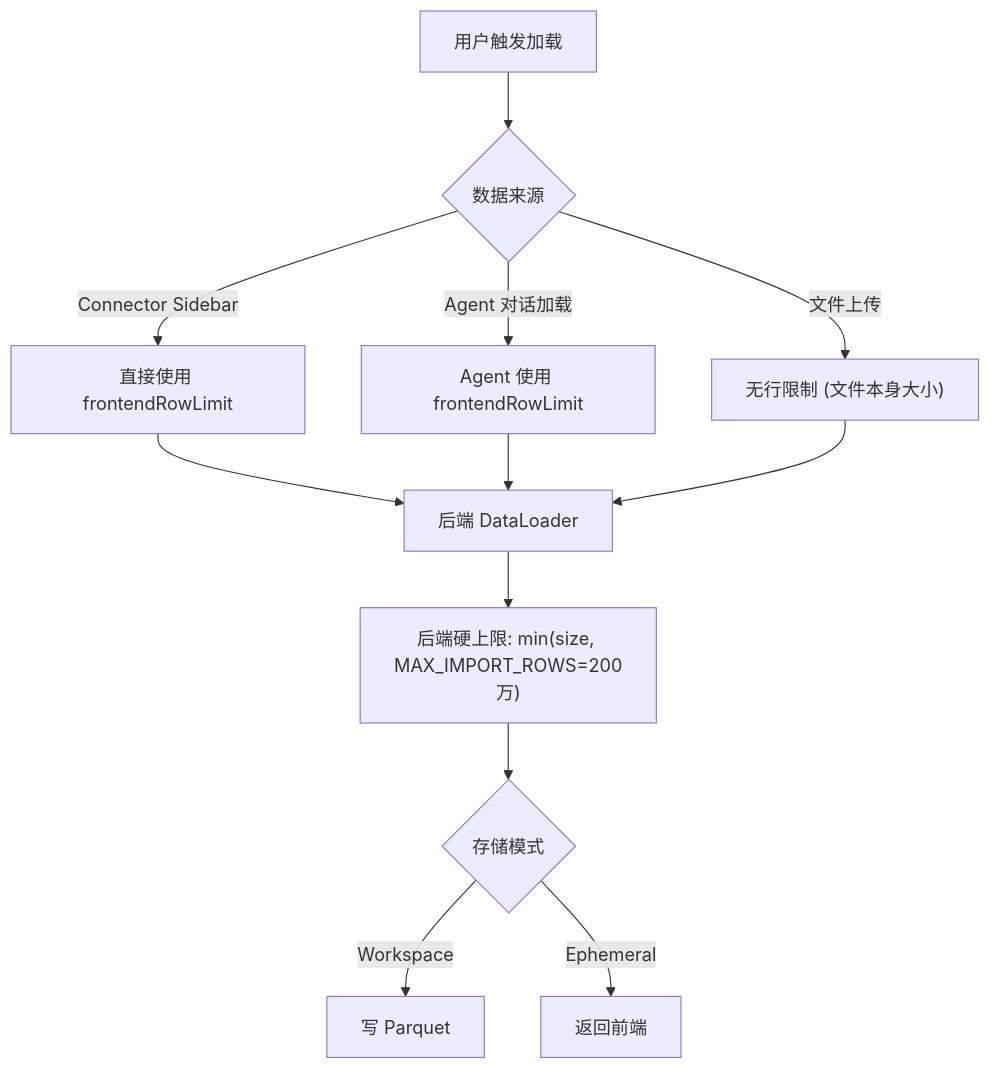
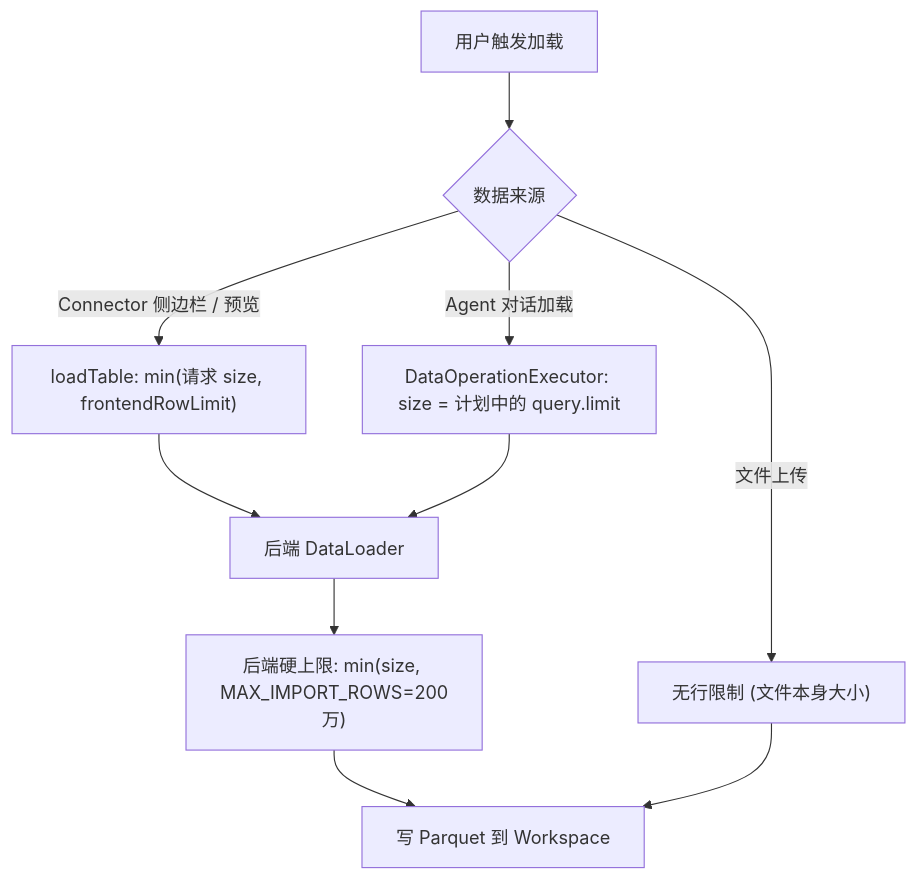
Before and after one commit to microsoft/data-formulator: the second of 2 diagrams in docs/dev-guides/13-unified-row-limits.md, drawn with Mermaid. The commit also changed other lines of this file and 11 other files, not shown here.

````diff
--- a/docs/dev-guides/13-unified-row-limits.md
+++ b/docs/dev-guides/13-unified-row-limits.md
@@ -51,16 +49,14 @@
 ```mermaid
 flowchart TD
     UserAction[用户触发加载] --> Source{数据来源}
-    Source -->|"Connector Sidebar"| DirectLoad["直接使用 frontendRowLimit"]
-    Source -->|"Agent 对话加载"| AgentLoad["Agent 使用 frontendRowLimit"]
+    Source -->|"Connector 侧边栏 / 预览"| DirectLoad["loadTable: min(请求 size, frontendRowLimit)"]
+    Source -->|"Agent 对话加载"| AgentLoad["DataOperationExecutor: size = 计划中的 query.limit"]
     Source -->|"文件上传"| FileUpload["无行限制 (文件本身大小)"]
-    
+
     DirectLoad --> BackendLoader["后端 DataLoader"]
     AgentLoad --> BackendLoader
-    FileUpload --> BackendLoader
-    
+
     BackendLoader --> HardCap["后端硬上限: min(size, MAX_IMPORT_ROWS=200万)"]
-    HardCap --> Store{存储模式}
-    Store -->|Workspace| Parquet["写 Parquet"]
-    Store -->|Ephemeral| ReturnToFE["返回前端"]
+    HardCap --> Parquet["写 Parquet 到 Workspace"]
+    FileUpload --> Parquet
 ```
````
